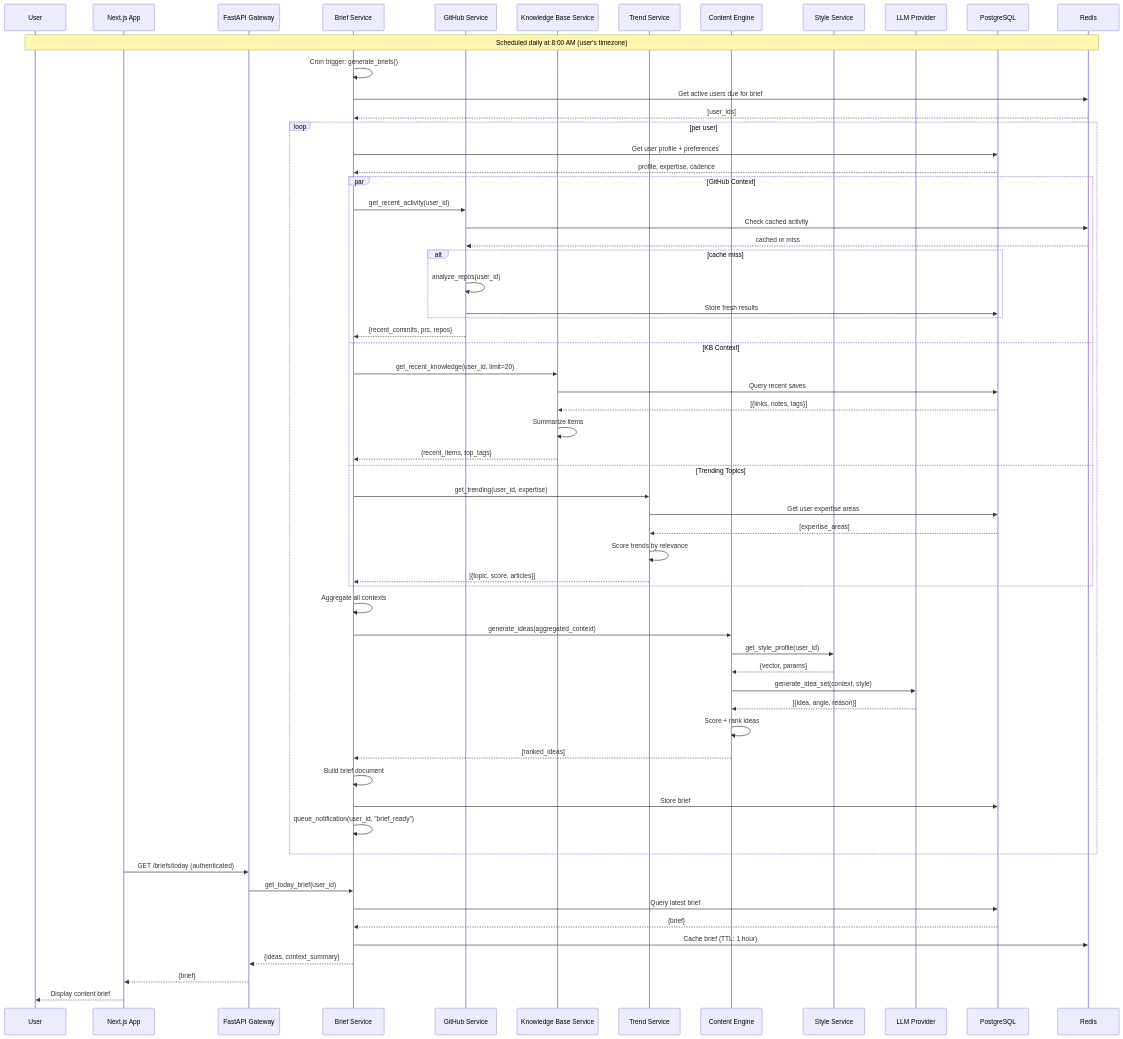
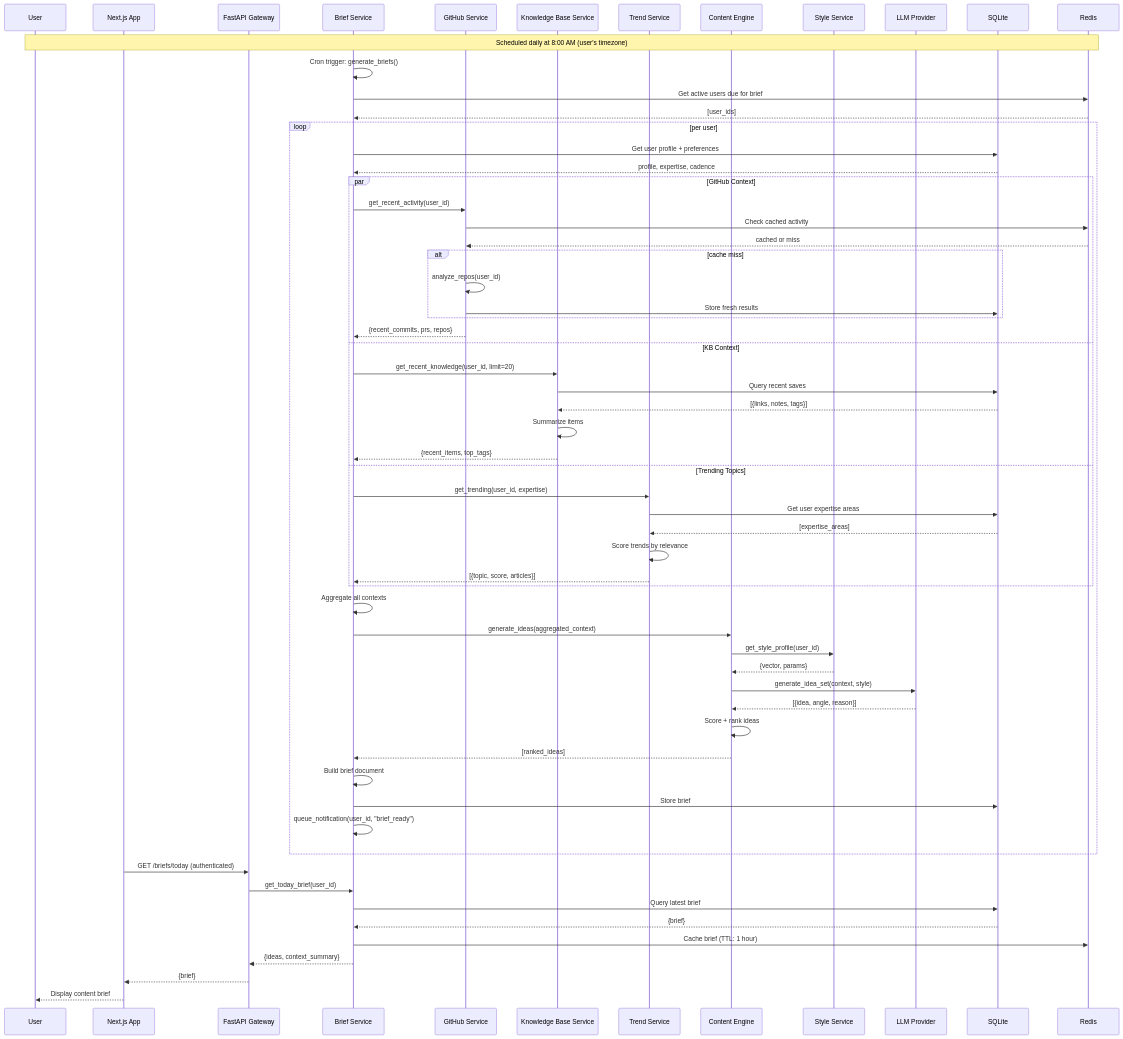
The sixth of 24 diagrams in docs/02_SYSTEM_ARCHITECTURE.md (Blacksujit/AI-Brand-OS), drawn with Mermaid before and after one commit. The commit also changed other lines of this file and 18 other files, not shown here.

````diff
--- a/docs/02_SYSTEM_ARCHITECTURE.md
+++ b/docs/02_SYSTEM_ARCHITECTURE.md
@@ -494,71 +501,71 @@
 ```mermaid
 sequenceDiagram
   participant User
   participant Web as Next.js App
   participant API as FastAPI Gateway
   participant Brief as Brief Service
   participant GitHub as GitHub Service
   participant KB as Knowledge Base Service
   participant Trend as Trend Service
   participant Content as Content Engine
   participant Style as Style Service
   participant LLM as LLM Provider
-  participant DB as PostgreSQL
+  participant DB as SQLite
   participant Cache as Redis
 
   Note over User,Cache: Scheduled daily at 8:00 AM (user's timezone)
 
   Brief->>Brief: Cron trigger: generate_briefs()
   Brief->>Cache: Get active users due for brief
   Cache-->>Brief: [user_ids]
 
   loop per user
     Brief->>DB: Get user profile + preferences
     DB-->>Brief: profile, expertise, cadence
 
     par GitHub Context
       Brief->>GitHub: get_recent_activity(user_id)
       GitHub->>Cache: Check cached activity
       Cache-->>GitHub: cached or miss
       alt cache miss
         GitHub->>GitHub: analyze_repos(user_id)
         GitHub->>DB: Store fresh results
       end
       GitHub-->>Brief: {recent_commits, prs, repos}
     and KB Context
       Brief->>KB: get_recent_knowledge(user_id, limit=20)
       KB->>DB: Query recent saves
       DB-->>KB: [{links, notes, tags}]
       KB->>KB: Summarize items
       KB-->>Brief: {recent_items, top_tags}
     and Trending Topics
       Brief->>Trend: get_trending(user_id, expertise)
       Trend->>DB: Get user expertise areas
       DB-->>Trend: [expertise_areas]
       Trend->>Trend: Score trends by relevance
       Trend-->>Brief: [{topic, score, articles}]
     end
 
     Brief->>Brief: Aggregate all contexts
     Brief->>Content: generate_ideas(aggregated_context)
     Content->>Style: get_style_profile(user_id)
     Style-->>Content: {vector, params}
     Content->>LLM: generate_idea_set(context, style)
     LLM-->>Content: [{idea, angle, reason}]
     Content->>Content: Score + rank ideas
     Content-->>Brief: [ranked_ideas]
 
     Brief->>Brief: Build brief document
     Brief->>DB: Store brief
     Brief->>Brief: queue_notification(user_id, "brief_ready")
   end
 
   Web->>API: GET /briefs/today (authenticated)
   API->>Brief: get_today_brief(user_id)
   Brief->>DB: Query latest brief
   DB-->>Brief: {brief}
   Brief->>Cache: Cache brief (TTL: 1 hour)
   Brief-->>API: {ideas, context_summary}
   API-->>Web: {brief}
   Web-->>User: Display content brief
 ```
````
